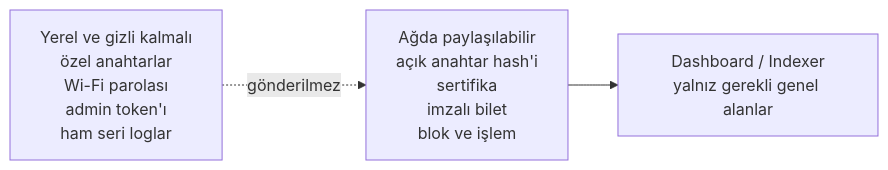
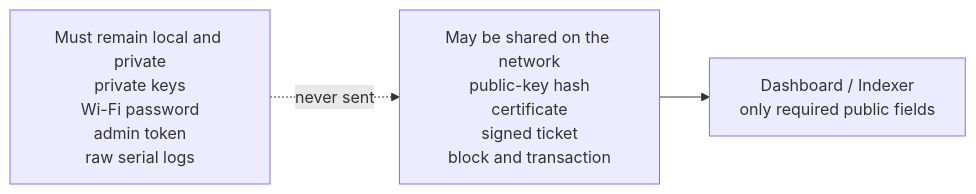
Diagram 11 of 15 in README.md (UfkuAcik/Embedded_Proof-of-Device_Network), drawn with Mermaid before and after one commit. The commit also changed other lines of this file, not shown here.

````diff
--- a/README.md
+++ b/README.md
@@ -501,9 +511,9 @@
 ```mermaid
 flowchart LR
-    PRIVATE["Yerel ve gizli kalmalı<br/>özel anahtarlar<br/>Wi-Fi parolası<br/>admin token'ı<br/>ham seri loglar"]
-    PUBLIC["Ağda paylaşılabilir<br/>açık anahtar hash'i<br/>sertifika<br/>imzalı bilet<br/>blok ve işlem"]
-    UI["Dashboard / Indexer<br/>yalnız gerekli genel alanlar"]
+    PRIVATE["Must remain local and private<br/>private keys<br/>Wi-Fi password<br/>admin token<br/>raw serial logs"]
+    PUBLIC["May be shared on the network<br/>public-key hash<br/>certificate<br/>signed ticket<br/>block and transaction"]
+    UI["Dashboard / Indexer<br/>only required public fields"]
 
-    PRIVATE -.->|"gönderilmez"| PUBLIC
+    PRIVATE -.->|"never sent"| PUBLIC
     PUBLIC --> UI
 ```
````
